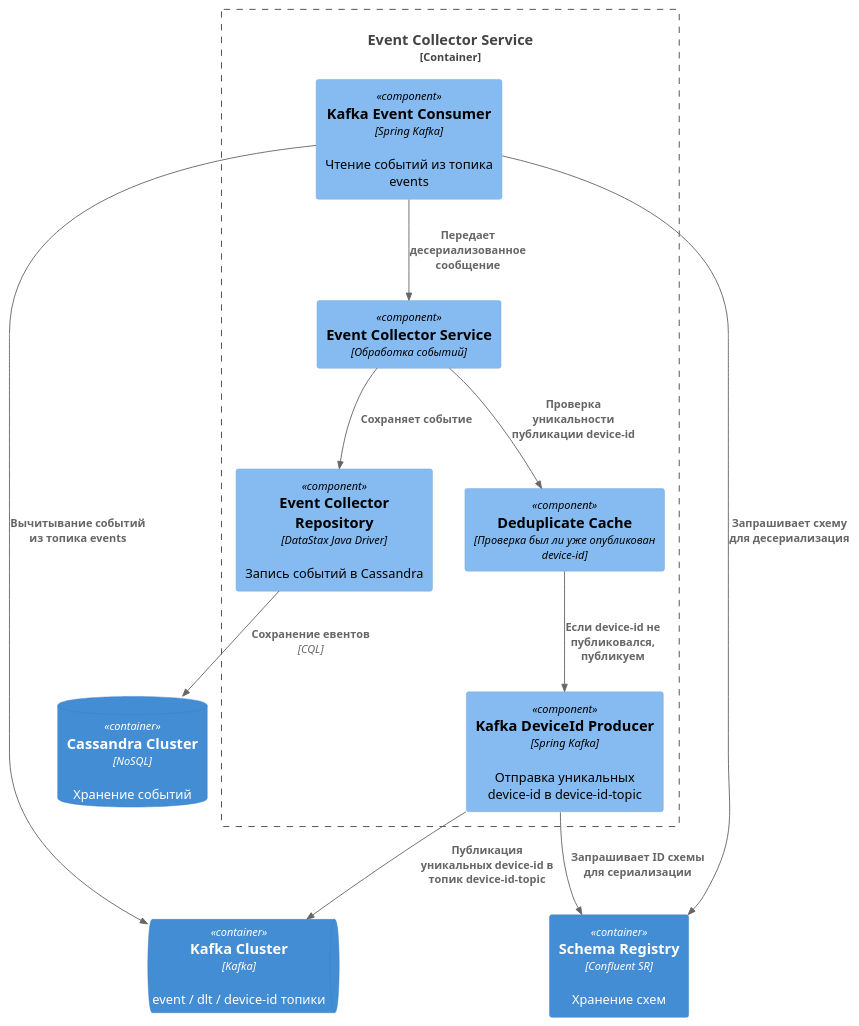
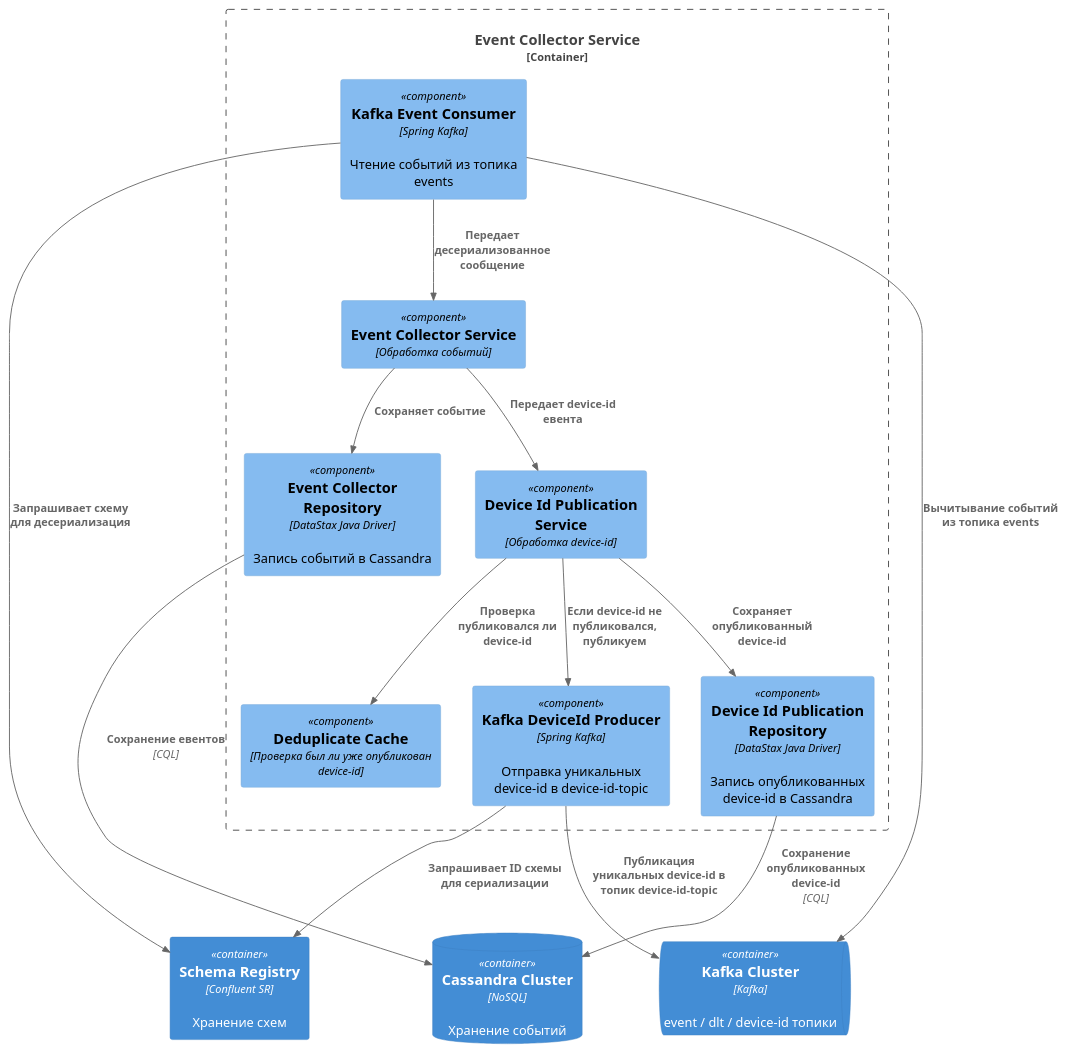
One commit to SinglePlayer56/iot changed the diagram in diagrams/component.puml. Above: the diagram before and after it, drawn with PlantUML. The commit also changed 1 other file, not shown here.

Commit message:
Update diagrams: added Device Id Publication Service/Repository

```diff
--- a/diagrams/component.puml
+++ b/diagrams/component.puml
@@ -1,27 +1,32 @@
 @startuml
 !includeurl https://raw.githubusercontent.com/plantuml-stdlib/C4-PlantUML/master/C4_Component.puml
 
 Container_Boundary(event_collector_service, "Event Collector Service") {
     Component(event_service, "Event Collector Service", "Обработка событий")
     Component(event_repo, "Event Collector Repository", "DataStax Java Driver", "Запись событий в Cassandra")
     Component(dedup_cache, "Deduplicate Cache", "Проверка был ли уже опубликован device-id")
     Component(kafka_event_consumer, "Kafka Event Consumer", "Spring Kafka", "Чтение событий из топика events")
     Component(kafka_device_id_producer, "Kafka DeviceId Producer", "Spring Kafka", "Отправка уникальных device-id в device-id-topic")
+    Component(device_id_piblication_service, "Device Id Publication Service", "Обработка device-id")
+    Component(device_id_publication_repo, "Device Id Publication Repository", "DataStax Java Driver", "Запись опубликованных device-id в Cassandra")
 
     Rel(kafka_event_consumer, event_service, "Передает десериализованное сообщение")
     Rel(event_service, event_repo, "Сохраняет событие")
-    Rel(event_service, dedup_cache, "Проверка уникальности публикации device-id")
-    Rel(dedup_cache, kafka_device_id_producer, "Если device-id не публиковался, публикуем")
+    Rel(event_service, device_id_piblication_service, "Передает device-id евента")
+    Rel(device_id_piblication_service, dedup_cache, "Проверка публиковался ли device-id")
+    Rel(device_id_piblication_service, device_id_publication_repo, "Сохраняет опубликованный device-id")
+    Rel(device_id_piblication_service, kafka_device_id_producer, "Если device-id не публиковался, публикуем")
 }
 
 ContainerDb(cassandra, "Cassandra Cluster", "NoSQL", "Хранение событий")
 ContainerQueue(kafka, "Kafka Cluster", "Kafka", "event / dlt / device-id топики")
 Container(schema_registry, "Schema Registry", "Confluent SR", "Хранение схем")
 
 Rel(event_repo, cassandra, "Сохранение евентов", "CQL")
+Rel(device_id_publication_repo, cassandra, "Сохранение опубликованных device-id", "CQL")
 Rel(kafka_event_consumer, schema_registry, "Запрашивает схему для десериализация")
 Rel(kafka_device_id_producer, schema_registry, "Запрашивает ID схемы для сериализации")
 Rel(kafka_event_consumer, kafka, "Вычитывание событий из топика events")
 Rel(kafka_device_id_producer, kafka, "Публикация уникальных device-id в топик device-id-topic")
 
 @enduml
```
